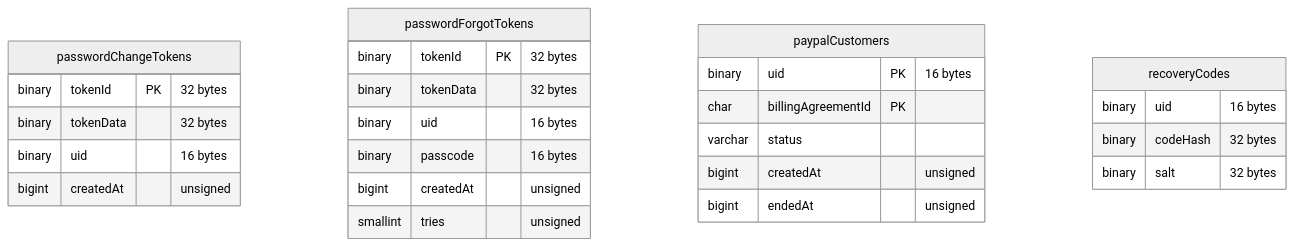
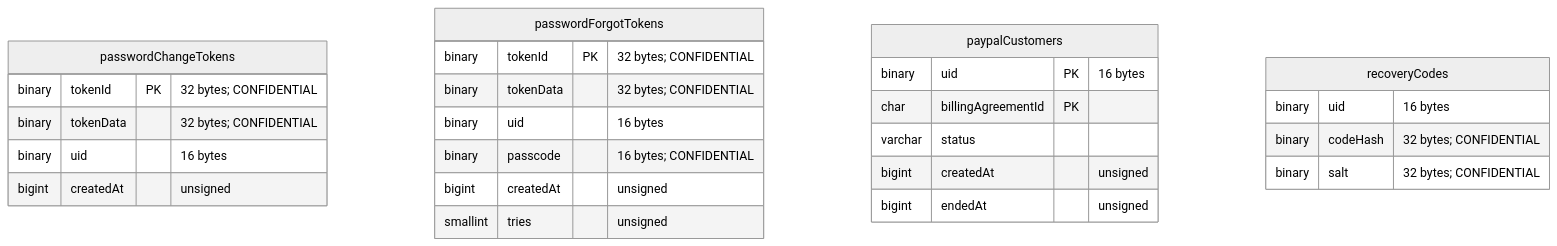
Before and after one commit to mozilla/ecosystem-platform: the fourth of 10 diagrams in docs/reference/database-structure.md, drawn with Mermaid (neutral theme). The commit also changed other lines of this file, not shown here.

````diff
--- a/docs/reference/database-structure.md
+++ b/docs/reference/database-structure.md
@@ -133,29 +133,29 @@
 ```mermaid
 erDiagram
     passwordChangeTokens {
-        binary tokenId PK "32 bytes"
-        binary tokenData "32 bytes"
+        binary tokenId PK "32 bytes; CONFIDENTIAL"
+        binary tokenData "32 bytes; CONFIDENTIAL"
         binary uid "16 bytes"
         bigint createdAt "unsigned"
     }
     passwordForgotTokens {
-        binary tokenId PK "32 bytes"
-        binary tokenData "32 bytes"
+        binary tokenId PK "32 bytes; CONFIDENTIAL"
+        binary tokenData "32 bytes; CONFIDENTIAL"
         binary uid "16 bytes"
-        binary passcode "16 bytes"
+        binary passcode "16 bytes; CONFIDENTIAL"
         bigint createdAt "unsigned"
         smallint tries "unsigned"
     }
     paypalCustomers {
         binary uid PK "16 bytes"
         char billingAgreementId PK
         varchar status
         bigint createdAt "unsigned"
         bigint endedAt "unsigned"
     }
     recoveryCodes {
         binary uid "16 bytes"
-        binary codeHash "32 bytes"
-        binary salt "32 bytes"
+        binary codeHash "32 bytes; CONFIDENTIAL"
+        binary salt "32 bytes; CONFIDENTIAL"
     }
 ```
````
